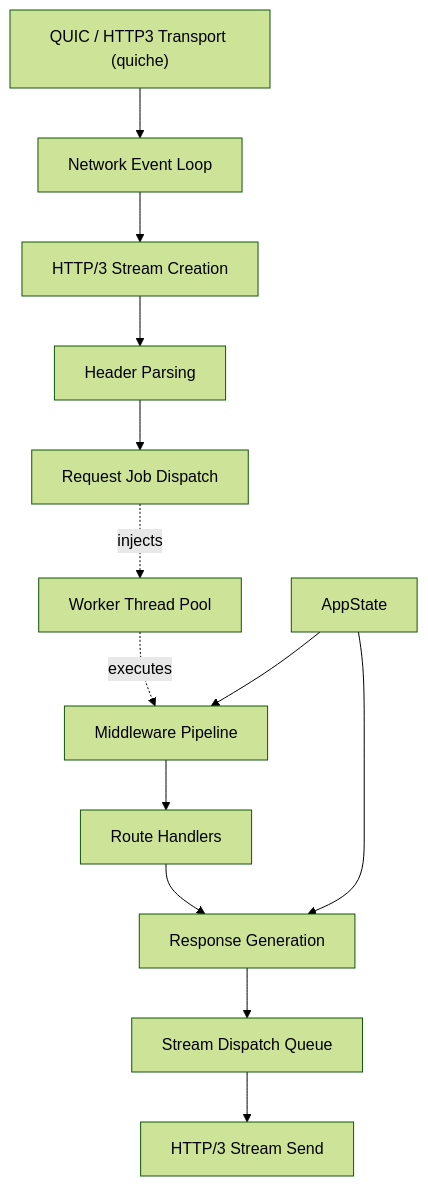
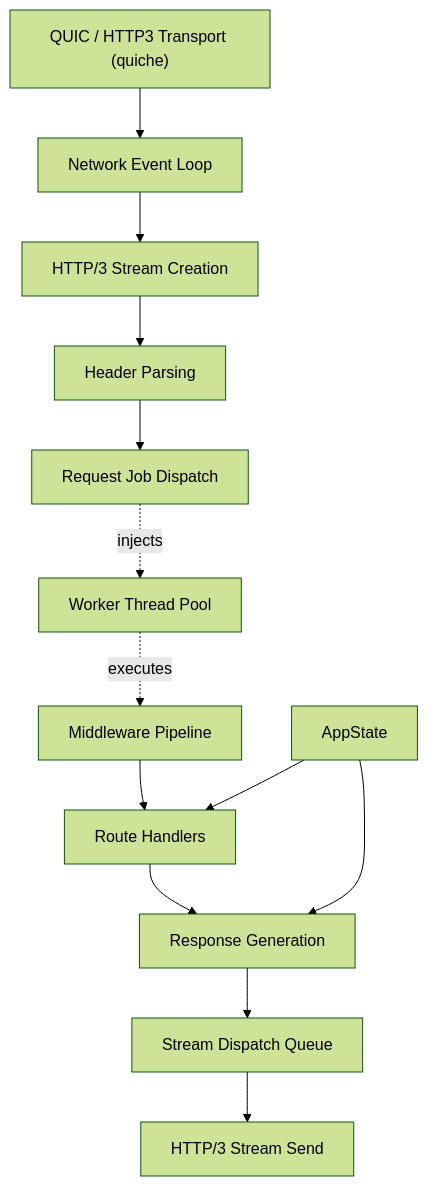
One commit to Cm3lp8/faces_http3_server changed the second of 2 diagrams in README.md. Above: the diagram before and after it, drawn with Mermaid (forest theme). The commit also changed other lines of this file, not shown here.

````diff
--- a/README.md
+++ b/README.md
@@ -59,25 +59,25 @@
 ```mermaid
 flowchart TD
     A["QUIC / HTTP3 Transport (quiche)"] --> B["Network Event Loop"]
 
     B --> C["HTTP/3 Stream Creation"]
 
     C --> D["Header Parsing"]
 
     D --> E["Request Job Dispatch"]
     
 
     F["Worker Thread Pool"] 
 
     F -. executes.-> G["Middleware Pipeline"]
     E -. injects.-> F
     G --> H["Route Handlers"]
 
     H --> I["Response Generation"]
 
     I --> J["Stream Dispatch Queue"]
 
     J --> K["HTTP/3 Stream Send"]
     L["AppState"] --> I
-    L --> G
+    L --> H
 ``` 
````
